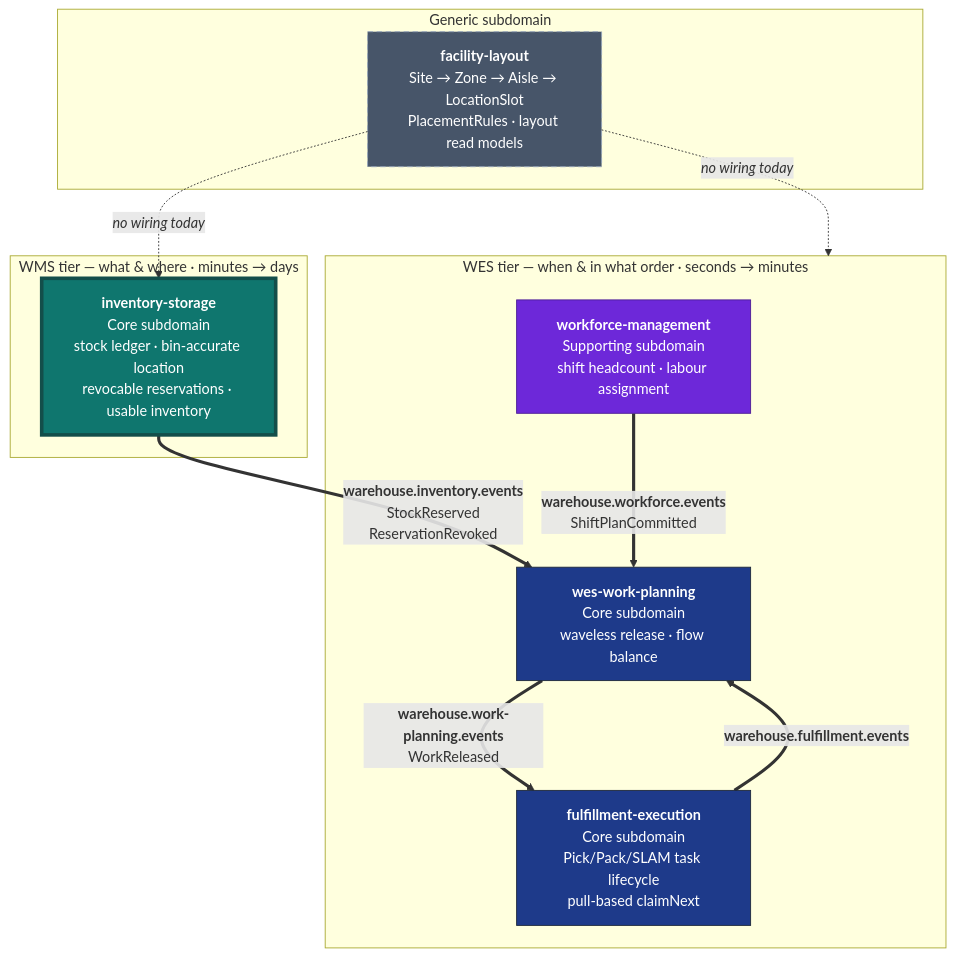
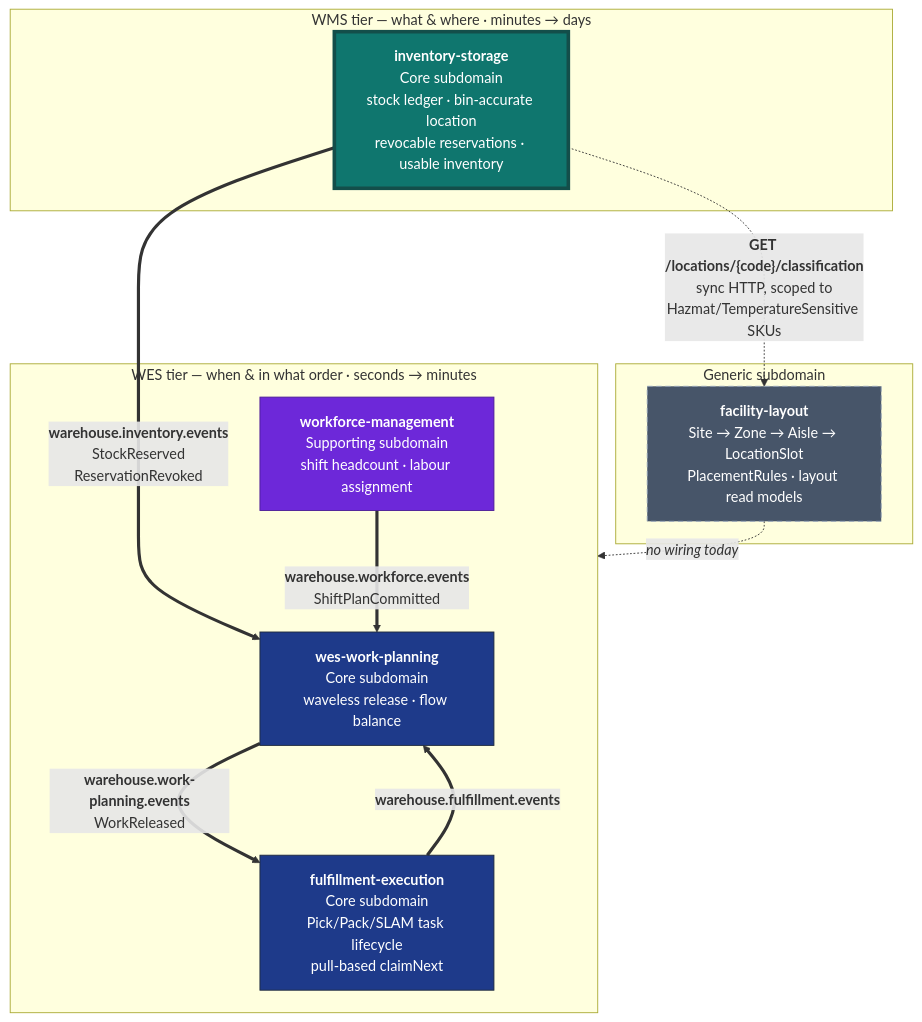
One commit to claudioed/inventory-storage changed the diagram in docs/docs/ecosystem/context-map.md. Above: the diagram before and after it, drawn with Mermaid. The commit also changed other lines of this file and 32 other files, not shown here.

````diff
--- a/docs/docs/ecosystem/context-map.md
+++ b/docs/docs/ecosystem/context-map.md
@@ -15,32 +15,32 @@
 ```mermaid
 flowchart TB
     subgraph WMS["WMS tier — what &amp; where · minutes → days"]
         INV["<b>inventory-storage</b><br/>Core subdomain<br/>stock ledger · bin-accurate location<br/>revocable reservations · usable inventory"]
     end
 
     subgraph WES["WES tier — when &amp; in what order · seconds → minutes"]
         WP["<b>wes-work-planning</b><br/>Core subdomain<br/>waveless release · flow balance"]
         FE["<b>fulfillment-execution</b><br/>Core subdomain<br/>Pick/Pack/SLAM task lifecycle<br/>pull-based claimNext"]
         WM["<b>workforce-management</b><br/>Supporting subdomain<br/>shift headcount · labour assignment"]
     end
 
     subgraph GENERIC["Generic subdomain"]
         FL["<b>facility-layout</b><br/>Site → Zone → Aisle → LocationSlot<br/>PlacementRules · layout read models"]
     end
 
     INV ==>|"<b>warehouse.inventory.events</b><br/>StockReserved<br/>ReservationRevoked"| WP
     WM ==>|"<b>warehouse.workforce.events</b><br/>ShiftPlanCommitted"| WP
     WP ==>|"<b>warehouse.work-planning.events</b><br/>WorkReleased"| FE
     FE ==>|"<b>warehouse.fulfillment.events</b>"| WP
-    FL -.->|"<i>no wiring today</i>"| INV
+    INV -.->|"<b>GET /locations/{code}/classification</b><br/>sync HTTP, scoped to<br/>Hazmat/TemperatureSensitive SKUs"| FL
     FL -.->|"<i>no wiring today</i>"| WES
 
     classDef this fill:#0f766e,stroke:#134e4a,color:#fff,stroke-width:4px;
     classDef core fill:#1e3a8a,stroke:#1e293b,color:#fff;
     classDef supp fill:#6d28d9,stroke:#4c1d95,color:#fff;
     classDef gen fill:#475569,stroke:#94a3b8,color:#fff,stroke-dasharray: 6 4;
     class INV this;
     class WP,FE core;
     class WM supp;
     class FL gen;
 ```
````
